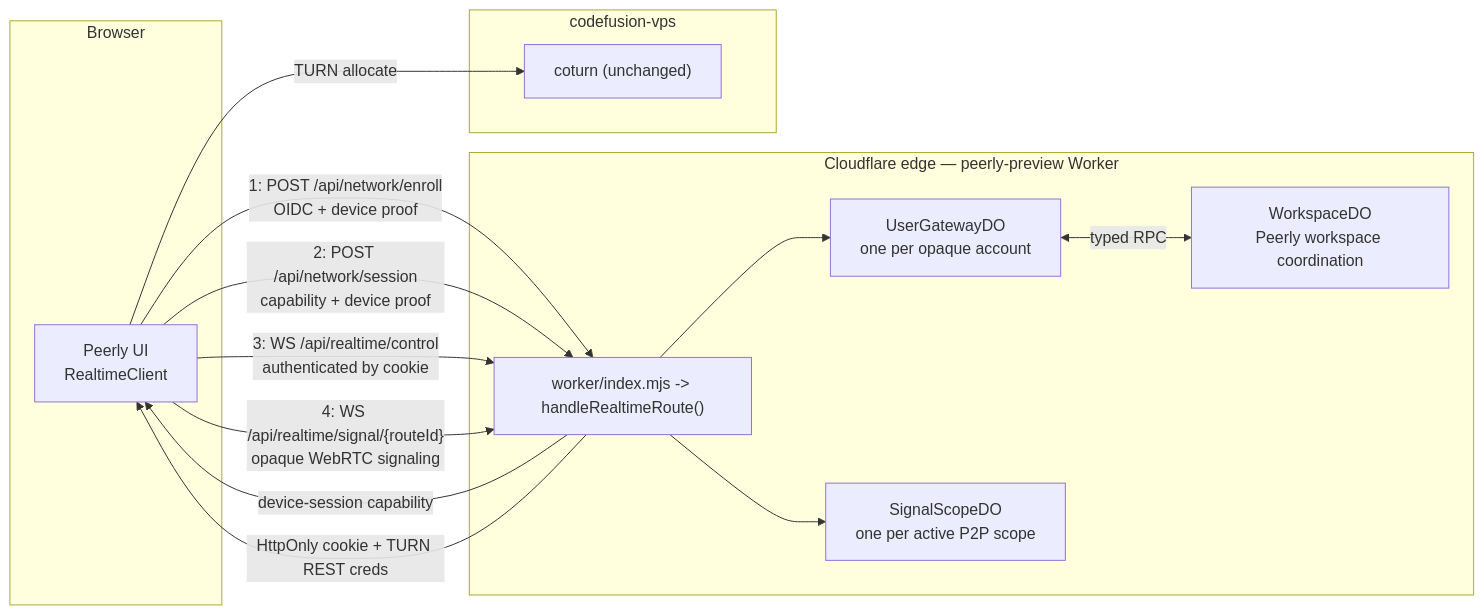
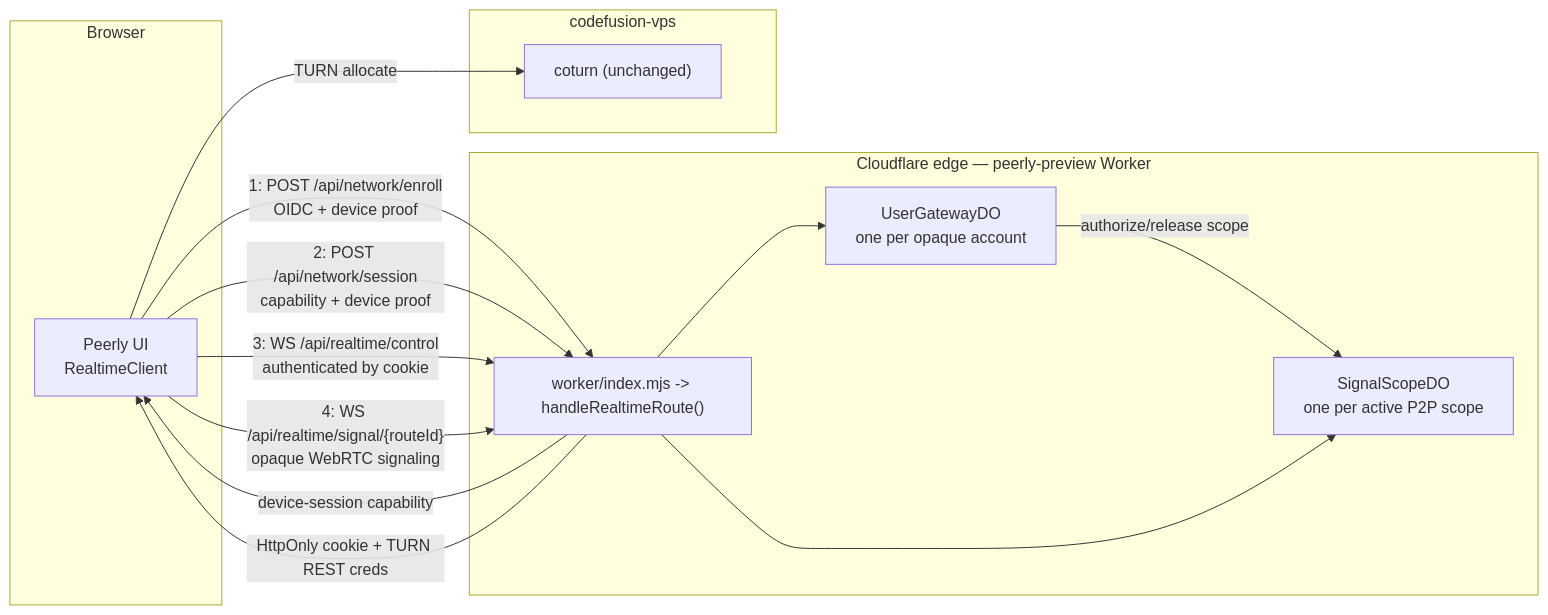
One commit to XeonFX/Peerly changed the second of 2 diagrams in docs/RELAY_VS_DURABLE_OBJECTS.md. Above: the diagram before and after it, drawn with Mermaid. The commit also changed other lines of this file, not shown here.

````diff
--- a/docs/RELAY_VS_DURABLE_OBJECTS.md
+++ b/docs/RELAY_VS_DURABLE_OBJECTS.md
@@ -111,23 +111,22 @@
 ```mermaid
 flowchart LR
   subgraph Browser
     UI["Peerly UI\nRealtimeClient"]
   end
   subgraph CF["Cloudflare edge — peerly-preview Worker"]
     ROUTER["worker/index.mjs -> handleRealtimeRoute()"]
     UG["UserGatewayDO\none per opaque account"]
     SS["SignalScopeDO\none per active P2P scope"]
-    WS["WorkspaceDO\nPeerly workspace coordination"]
   end
   subgraph VPS["codefusion-vps"]
     TURN["coturn (unchanged)"]
   end
   UI -->|"1: POST /api/network/enroll\nOIDC + device proof"| ROUTER
   ROUTER -->|"device-session capability"| UI
   UI -->|"2: POST /api/network/session\ncapability + device proof"| ROUTER
   ROUTER -->|"HttpOnly cookie + TURN REST creds"| UI
   UI -->|"3: WS /api/realtime/control\nauthenticated by cookie"| ROUTER --> UG
-  UG <-->|"typed RPC"| WS
+  UG -->|"authorize/release scope"| SS
   UI -->|"4: WS /api/realtime/signal/{routeId}\nopaque WebRTC signaling"| ROUTER --> SS
   UI -->|"TURN allocate"| TURN
 ```
````
